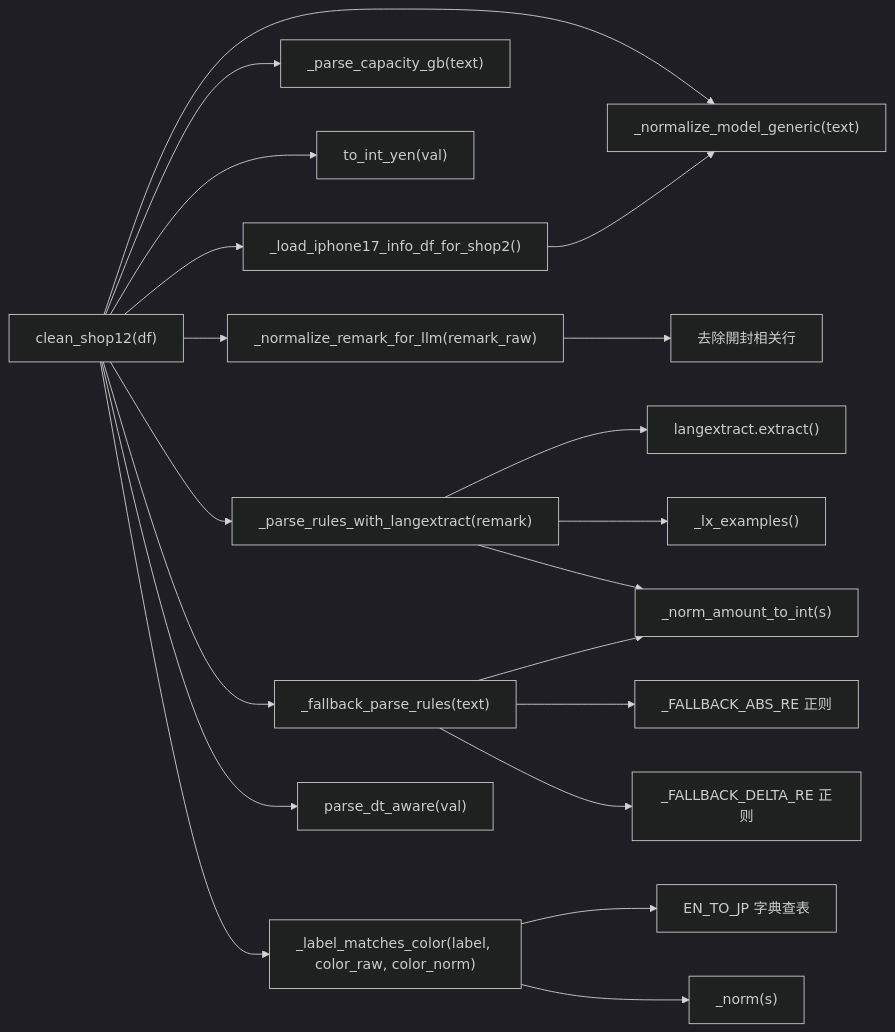
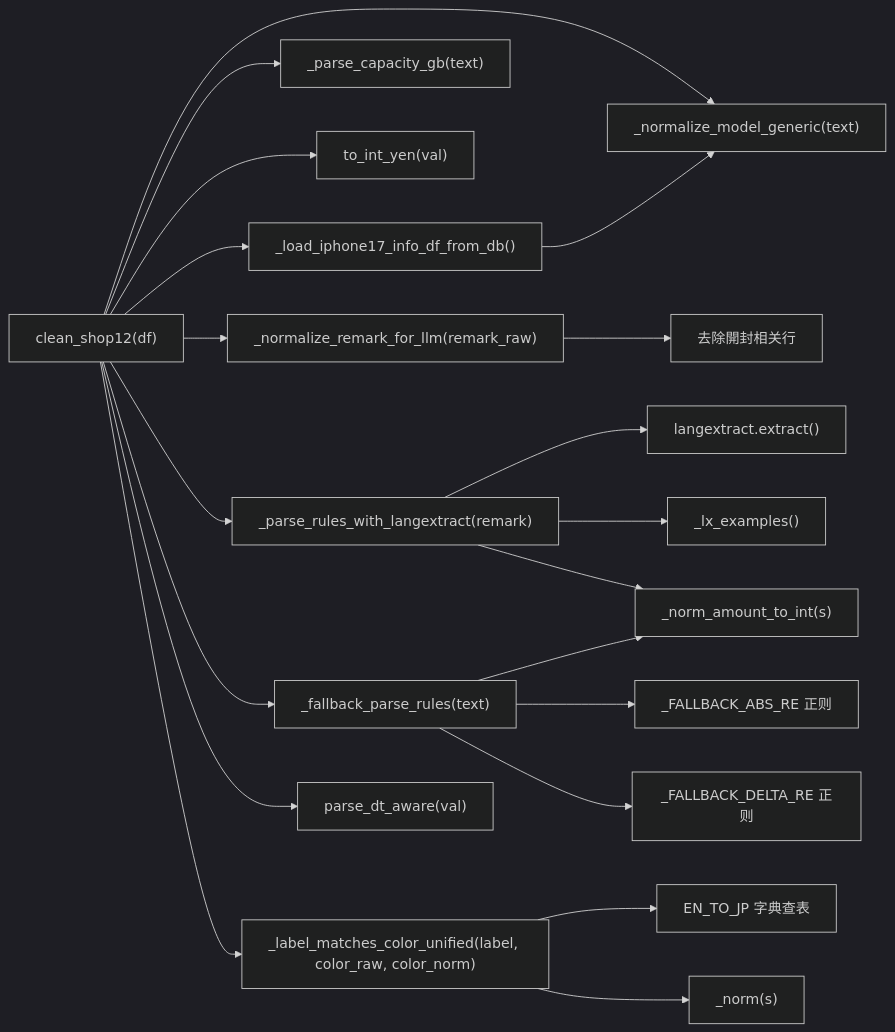
One commit to zhujiansamuel/YamagotiProjects changed the second of 11 diagrams in doc_shop/shop12_cleaner.md. Above: the diagram before and after it, drawn with Mermaid (dark theme). The commit also changed other lines of this file and 44 other files, not shown here.

````diff
--- a/doc_shop/shop12_cleaner.md
+++ b/doc_shop/shop12_cleaner.md
@@ -60,29 +60,29 @@
 ```mermaid
 flowchart LR
     clean["clean_shop12(df)"]
 
-    clean --> load["_load_iphone17_info_df_for_shop2()"]
+    clean --> load["_load_iphone17_info_df_from_db()"]
     clean --> normmod["_normalize_model_generic(text)"]
     clean --> parsecap["_parse_capacity_gb(text)"]
     clean --> toint["to_int_yen(val)"]
     clean --> normremark["_normalize_remark_for_llm(remark_raw)"]
     clean --> llm["_parse_rules_with_langextract(remark)"]
     clean --> fallback["_fallback_parse_rules(text)"]
-    clean --> labelmatch["_label_matches_color(label, color_raw, color_norm)"]
+    clean --> labelmatch["_label_matches_color_unified(label, color_raw, color_norm)"]
     clean --> parsedt["parse_dt_aware(val)"]
 
     llm --> lxextract["langextract.extract()"]
     llm --> lxexamples["_lx_examples()"]
     llm --> normamt["_norm_amount_to_int(s)"]
 
     fallback --> normamt
     fallback --> fallback_abs["_FALLBACK_ABS_RE 正则"]
     fallback --> fallback_delta["_FALLBACK_DELTA_RE 正则"]
 
     labelmatch --> entojp["EN_TO_JP 字典查表"]
     labelmatch --> norm["_norm(s)"]
 
     normremark --> reopening["去除開封相关行"]
 
     load --> normmod
 ```
````
